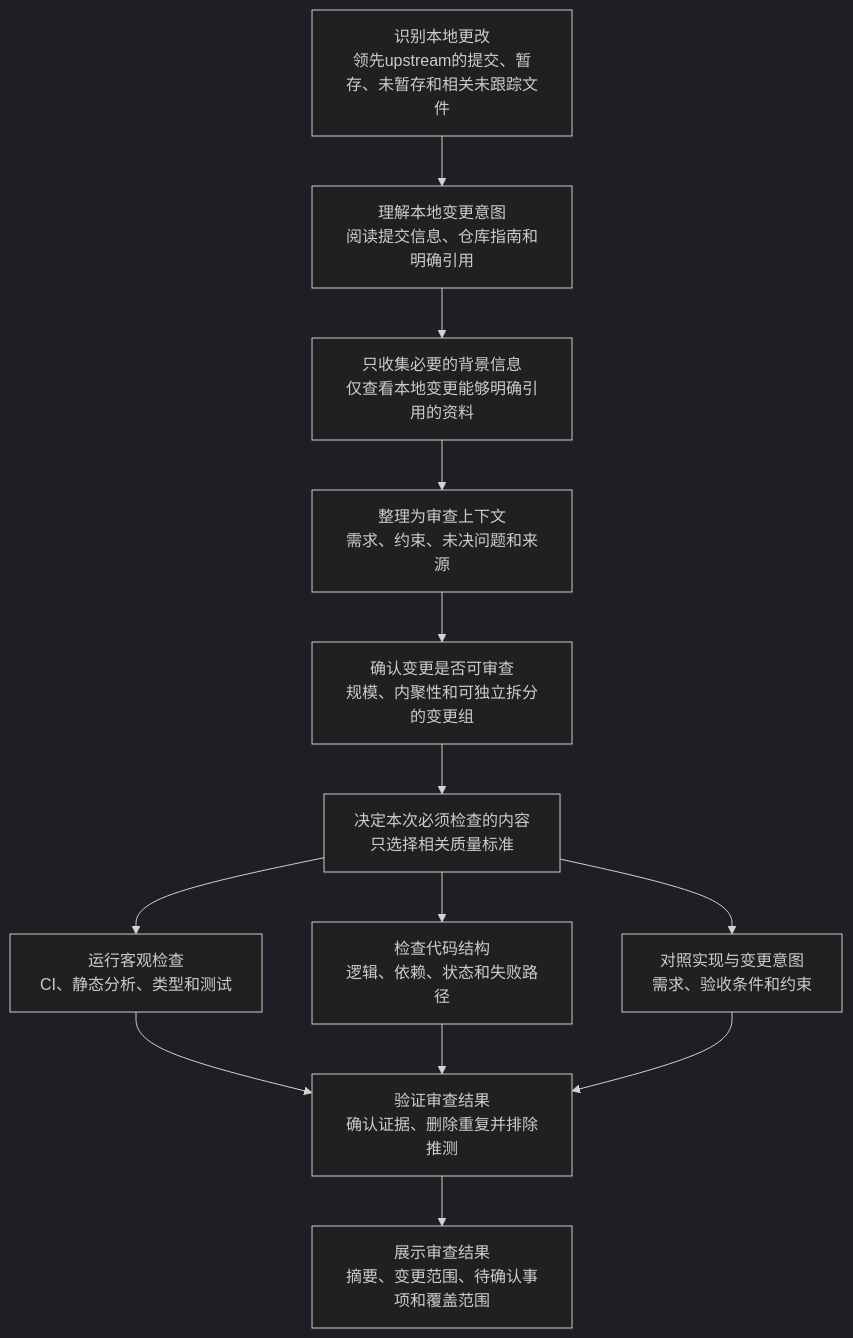
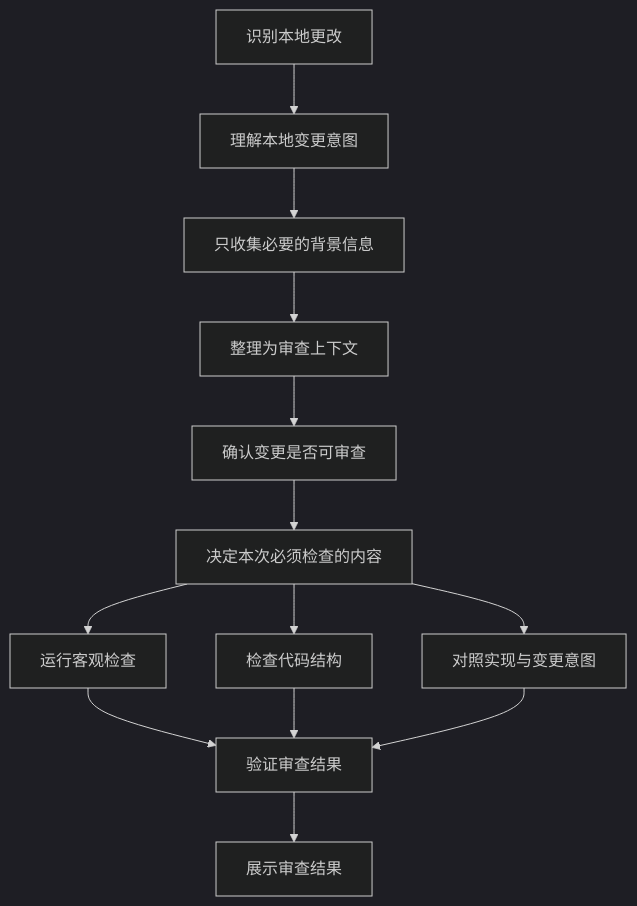
The first of 2 diagrams in README.zh-CN.md (takuto-san/review), drawn with Mermaid (dark theme) before and after one commit. The commit also changed other lines of this file and 2 other files, not shown here.

Commit message:
docs: simplify review workflow diagrams

````diff
--- a/README.zh-CN.md
+++ b/README.zh-CN.md
@@ -23,17 +23,17 @@
 ```mermaid
 flowchart TD
-    A[识别本地更改<br/>领先upstream的提交、暂存、未暂存和相关未跟踪文件] --> B[理解本地变更意图<br/>阅读提交信息、仓库指南和明确引用]
-    B --> C[只收集必要的背景信息<br/>仅查看本地变更能够明确引用的资料]
-    C --> D[整理为审查上下文<br/>需求、约束、未决问题和来源]
-    D --> E[确认变更是否可审查<br/>规模、内聚性和可独立拆分的变更组]
-    E --> F[决定本次必须检查的内容<br/>只选择相关质量标准]
+    A[识别本地更改] --> B[理解本地变更意图]
+    B --> C[只收集必要的背景信息]
+    C --> D[整理为审查上下文]
+    D --> E[确认变更是否可审查]
+    E --> F[决定本次必须检查的内容]
 
-    F --> G1[运行客观检查<br/>CI、静态分析、类型和测试]
-    F --> G2[检查代码结构<br/>逻辑、依赖、状态和失败路径]
-    F --> G3[对照实现与变更意图<br/>需求、验收条件和约束]
+    F --> G1[运行客观检查]
+    F --> G2[检查代码结构]
+    F --> G3[对照实现与变更意图]
 
-    G1 --> H[验证审查结果<br/>确认证据、删除重复并排除推测]
+    G1 --> H[验证审查结果]
     G2 --> H
     G3 --> H
-    H --> I[展示审查结果<br/>摘要、变更范围、待确认事项和覆盖范围]
+    H --> I[展示审查结果]
 ```
````
